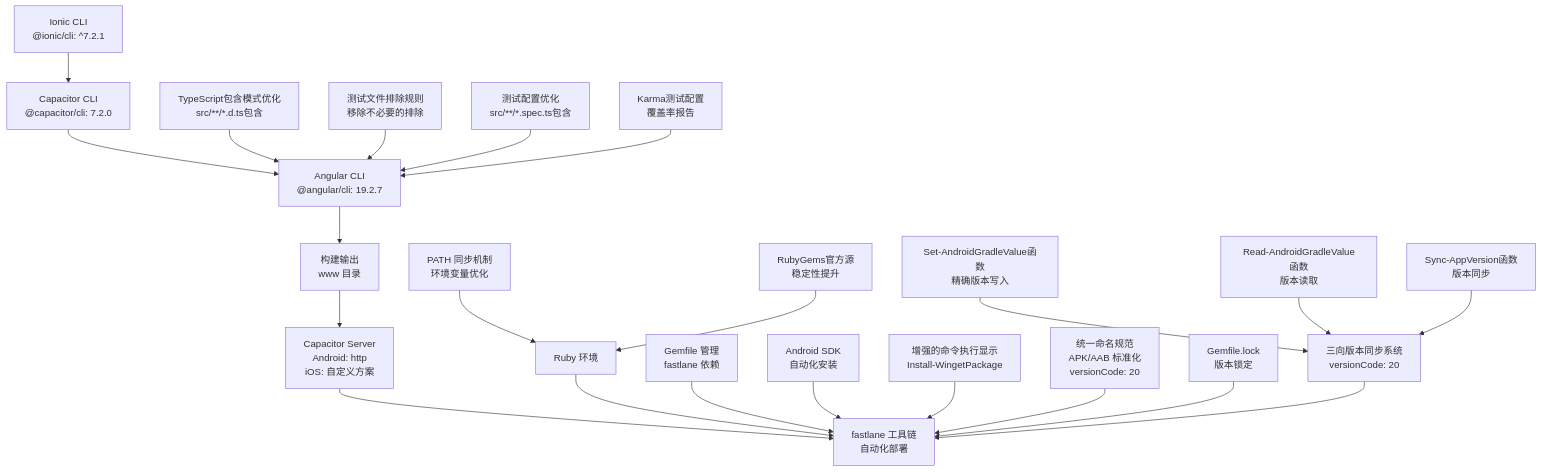
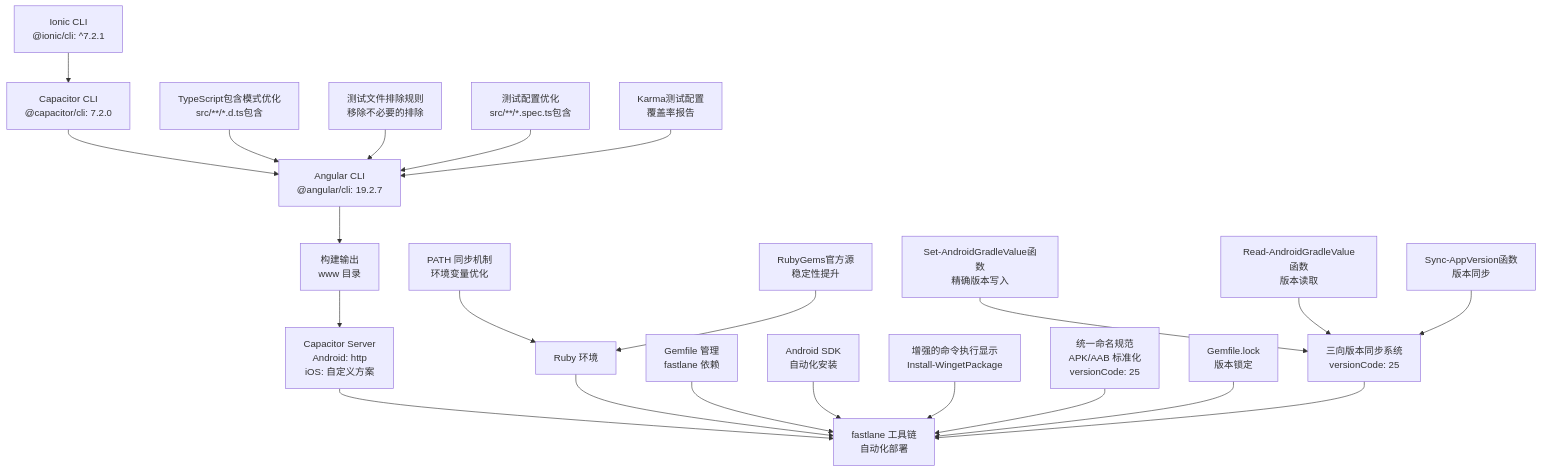
The third of 6 diagrams in .qoder/repowiki/zh/content/构建与部署/构建配置.md (tea4go/Macro-Deck-Client-App), drawn with Mermaid before and after one commit. The commit also changed other lines of this file and 46 other files, not shown here.

````diff
--- a/.qoder/repowiki/zh/content/构建与部署/构建配置.md
+++ b/.qoder/repowiki/zh/content/构建与部署/构建配置.md
@@ -385,24 +385,24 @@
 ```mermaid
 graph TB
 A["Ionic CLI<br/>@ionic/cli: ^7.2.1"] --> B["Capacitor CLI<br/>@capacitor/cli: 7.2.0"]
 B --> C["Angular CLI<br/>@angular/cli: 19.2.7"]
 C --> D["构建输出<br/>www 目录"]
 D --> E["Capacitor Server<br/>Android: http<br/>iOS: 自定义方案"]
 E --> F["fastlane 工具链<br/>自动化部署"]
 G["Ruby 环境"] --> F
 H["Gemfile 管理<br/>fastlane 依赖"] --> F
 I["Android SDK<br/>自动化安装"] --> F
 J["PATH 同步机制<br/>环境变量优化"] --> G
 K["增强的命令执行显示<br/>Install-WingetPackage"] --> F
-L["统一命名规范<br/>APK/AAB 标准化<br/>versionCode: 20"] --> F
+L["统一命名规范<br/>APK/AAB 标准化<br/>versionCode: 25"] --> F
 M["Gemfile.lock<br/>版本锁定"] --> F
 N["RubyGems官方源<br/>稳定性提升"] --> G
-O["三向版本同步系统<br/>versionCode: 20"] --> F
+O["三向版本同步系统<br/>versionCode: 25"] --> F
 P["Set-AndroidGradleValue函数<br/>精确版本写入"] --> O
 Q["Read-AndroidGradleValue函数<br/>版本读取"] --> O
 R["Sync-AppVersion函数<br/>版本同步"] --> O
 S["TypeScript包含模式优化<br/>src/**/*.d.ts包含"] --> C
 T["测试文件排除规则<br/>移除不必要的排除"] --> C
 U["测试配置优化<br/>src/**/*.spec.ts包含"] --> C
 V["Karma测试配置<br/>覆盖率报告"] --> C
 ```
````
